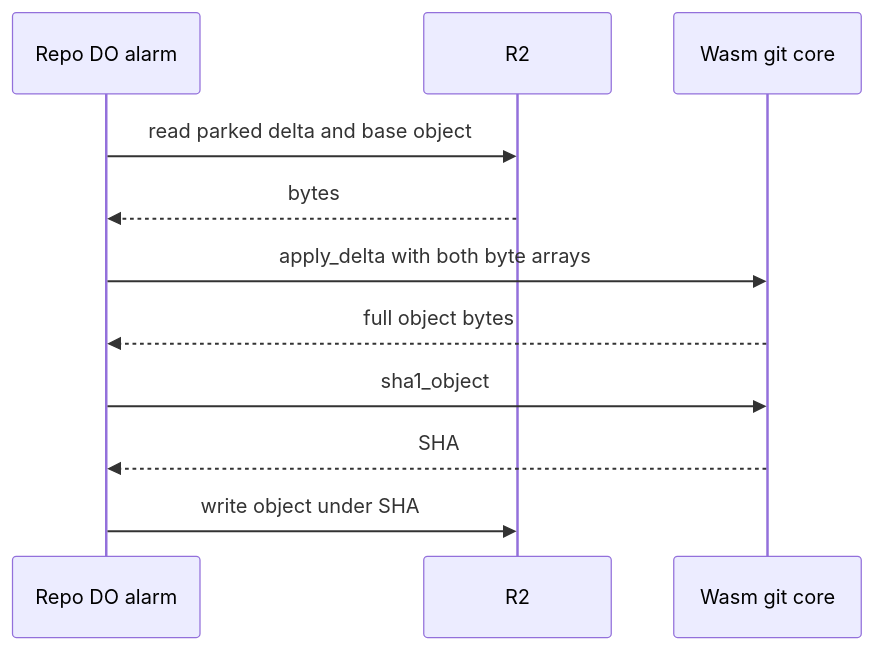
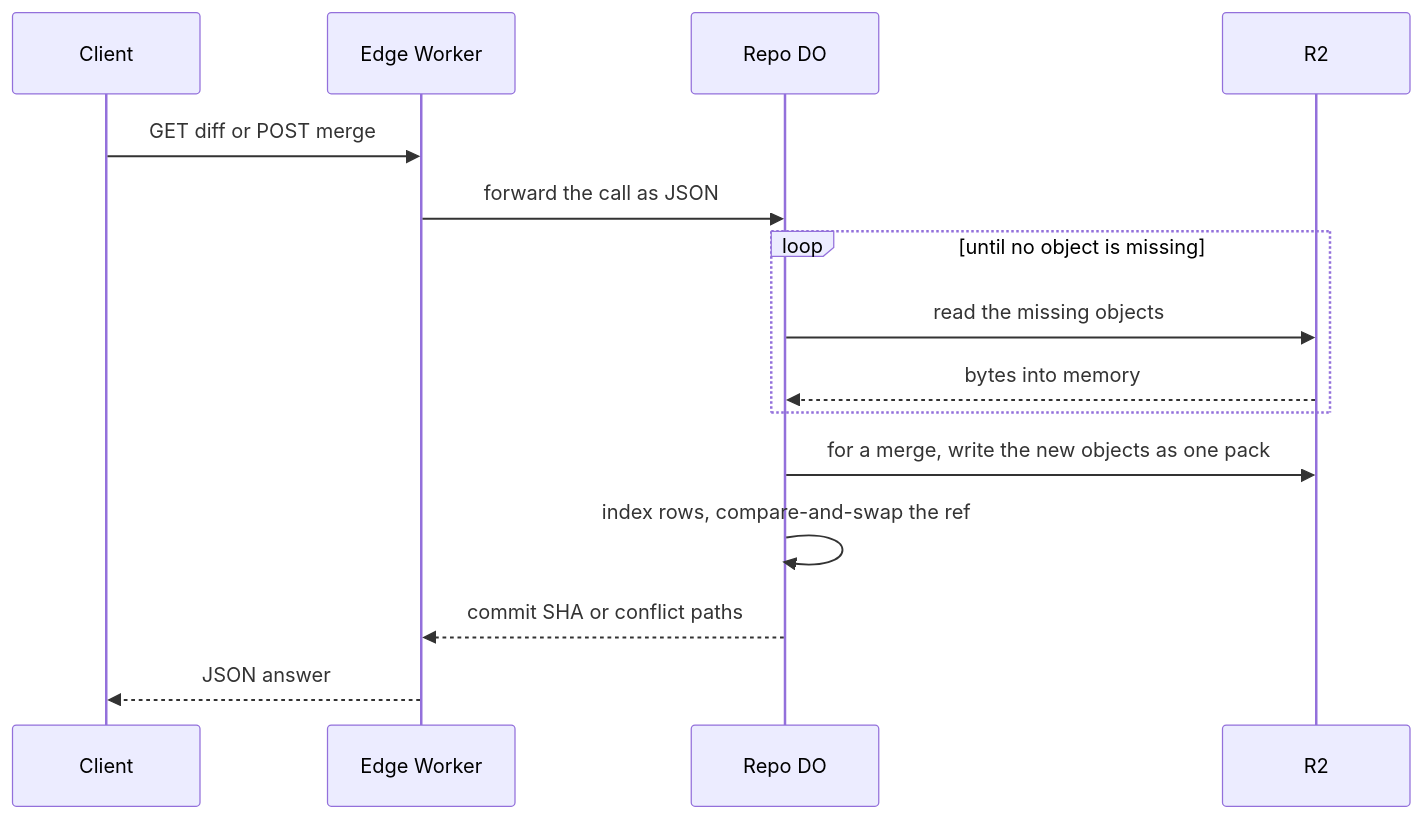
The diagram in plain/wasm-git-core.md (idl3/git-edge), drawn with Mermaid before and after one commit. The commit also changed other lines of this file and 65 other files, not shown here.

````diff
--- a/plain/wasm-git-core.md
+++ b/plain/wasm-git-core.md
@@ -26,13 +29,17 @@
 ```mermaid
 sequenceDiagram
-  participant DO as Repo DO alarm
-  participant R2
-  participant Wasm as Wasm git core
-  DO->>R2: read parked delta and base object
-  R2-->>DO: bytes
-  DO->>Wasm: apply_delta with both byte arrays
-  Wasm-->>DO: full object bytes
-  DO->>Wasm: sha1_object
-  Wasm-->>DO: SHA
-  DO->>R2: write object under SHA
+    participant Client
+    participant Edge as Edge Worker
+    participant DO as Repo DO
+    participant R2
+    Client->>Edge: GET diff or POST merge
+    Edge->>DO: forward the call as JSON
+    loop until no object is missing
+        DO->>R2: read the missing objects
+        R2-->>DO: bytes into memory
+    end
+    DO->>R2: for a merge, write the new objects as one pack
+    DO->>DO: index rows, compare-and-swap the ref
+    DO-->>Edge: commit SHA or conflict paths
+    Edge-->>Client: JSON answer
 ```
````
